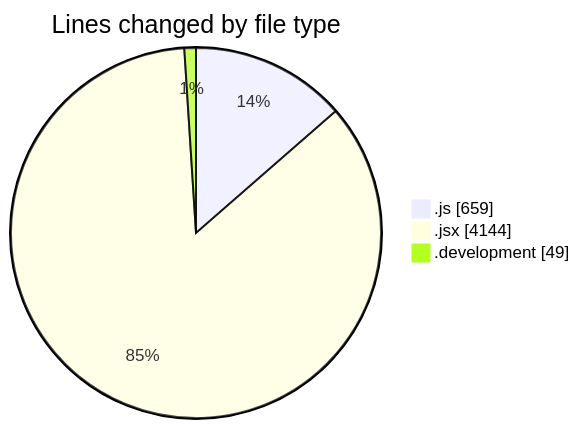
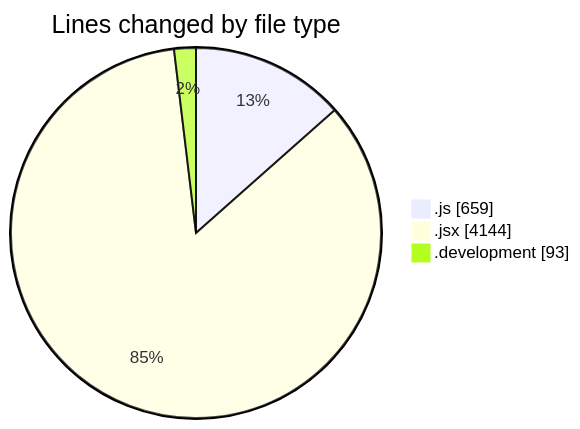
Before and after one commit to nxtqubesakshisongat/code-tracking: the first of 2 diagrams in 2026-01-05/nxtqube_webapp/README.md, drawn with Mermaid. The commit also changed other lines of this file and 1 other file, not shown here.

````diff
--- a/2026-01-05/nxtqube_webapp/README.md
+++ b/2026-01-05/nxtqube_webapp/README.md
@@ -24,7 +24,7 @@
 ```mermaid
 pie showData
 title Lines changed by file type
 ".js" : 659
 ".jsx" : 4144
-".development" : 49
+".development" : 93
 ```
````
